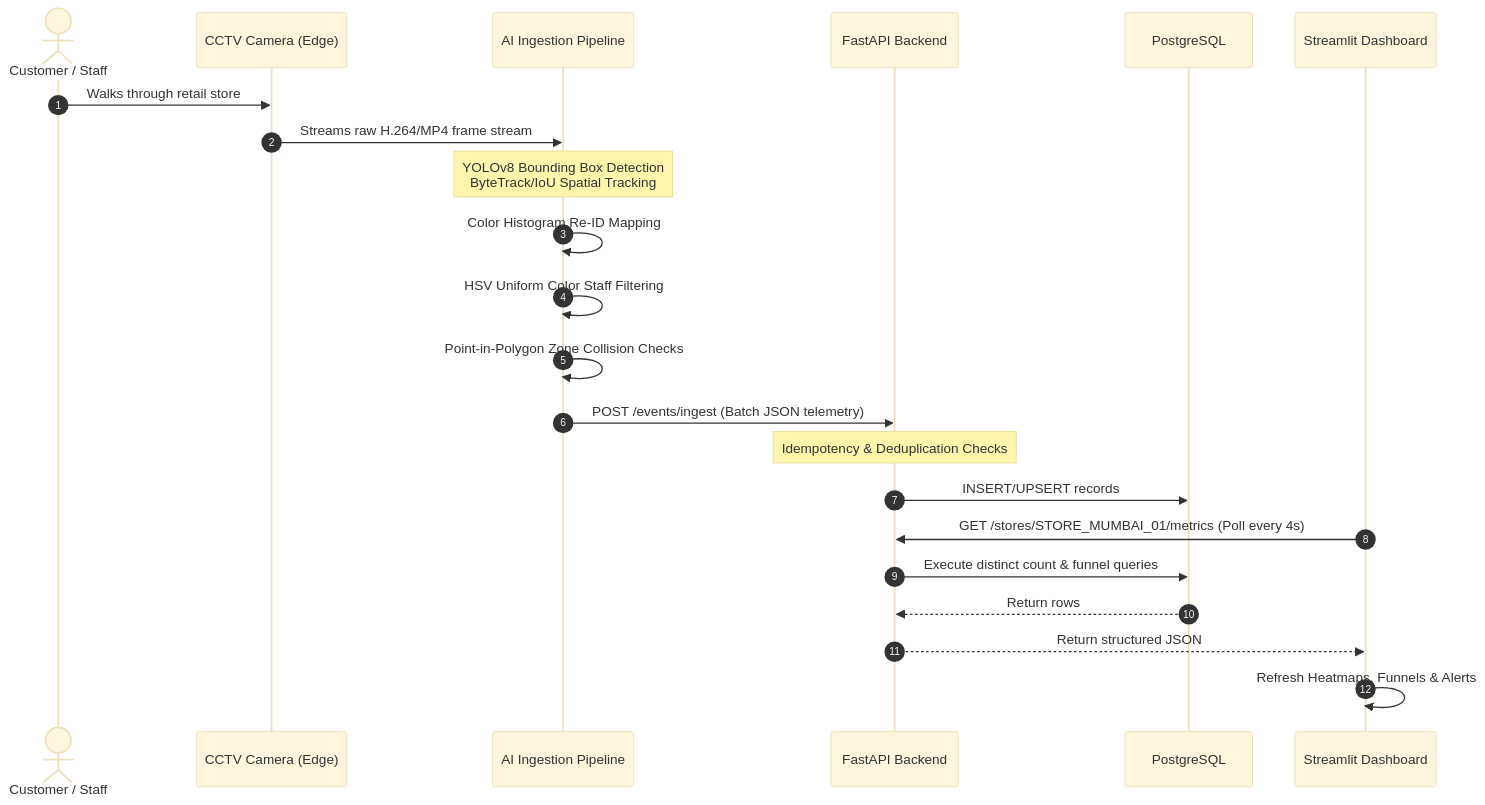
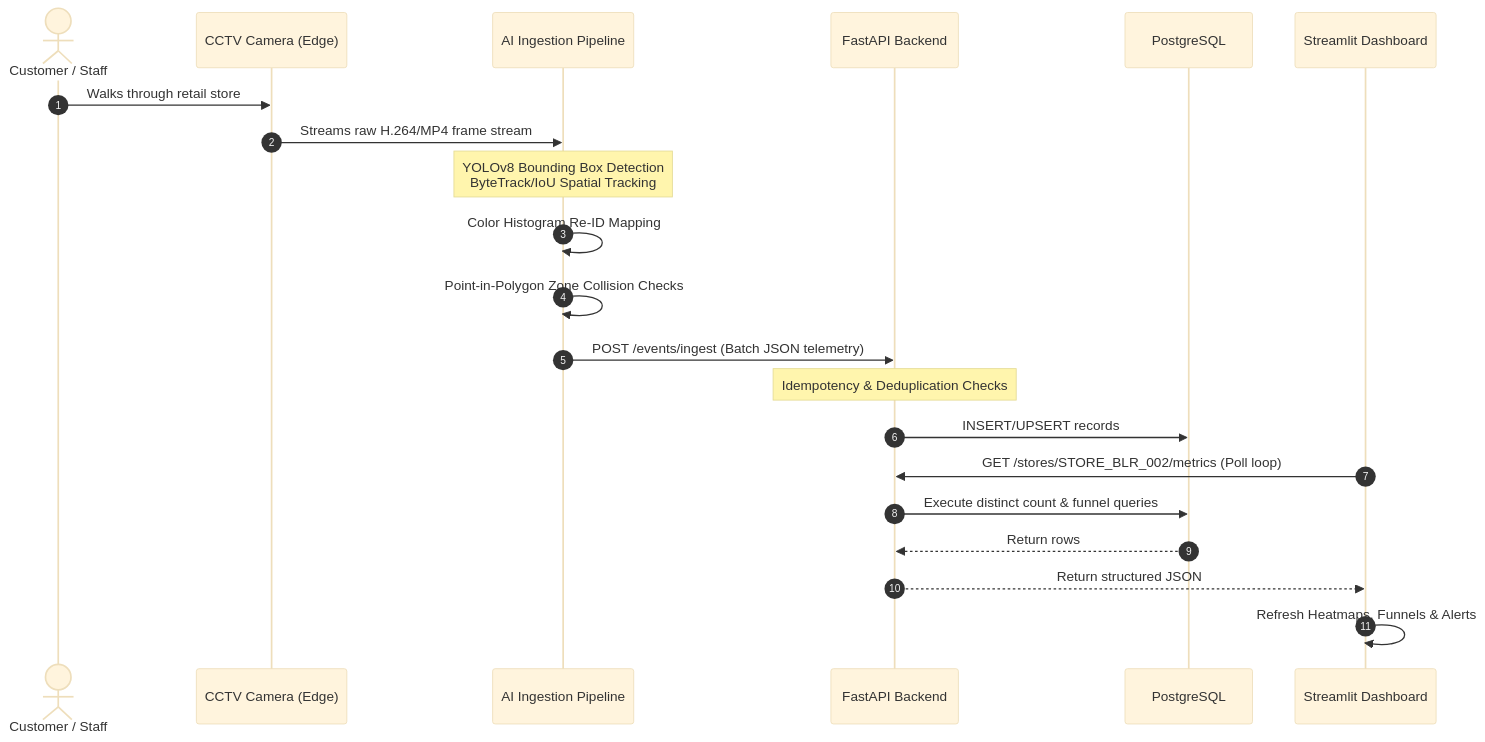
One commit to rahulcse129/store-intelligence changed the first of 2 diagrams in DESIGN.md. Above: the diagram before and after it, drawn with Mermaid (base theme). The commit also changed other lines of this file and 4 other files, not shown here.

````diff
--- a/DESIGN.md
+++ b/DESIGN.md
@@ -16,25 +11,24 @@
 ```mermaid
 sequenceDiagram
     autonumber
     actor Shopper as Customer / Staff
     participant Cam as CCTV Camera (Edge)
     participant Pipe as AI Ingestion Pipeline
     participant API as FastAPI Backend
     participant DB as PostgreSQL
     participant Dash as Streamlit Dashboard
 
     Shopper->>Cam: Walks through retail store
     Cam->>Pipe: Streams raw H.264/MP4 frame stream
     Note over Pipe: YOLOv8 Bounding Box Detection<br/>ByteTrack/IoU Spatial Tracking
     Pipe->>Pipe: Color Histogram Re-ID Mapping
-    Pipe->>Pipe: HSV Uniform Color Staff Filtering
     Pipe->>Pipe: Point-in-Polygon Zone Collision Checks
     Pipe->>API: POST /events/ingest (Batch JSON telemetry)
     Note over API: Idempotency & Deduplication Checks
     API->>DB: INSERT/UPSERT records
-    Dash->>API: GET /stores/STORE_MUMBAI_01/metrics (Poll every 4s)
+    Dash->>API: GET /stores/STORE_BLR_002/metrics (Poll loop)
     API->>DB: Execute distinct count & funnel queries
     DB-->>API: Return rows
     API-->>Dash: Return structured JSON
     Dash->>Dash: Refresh Heatmaps, Funnels & Alerts
 ```
````
